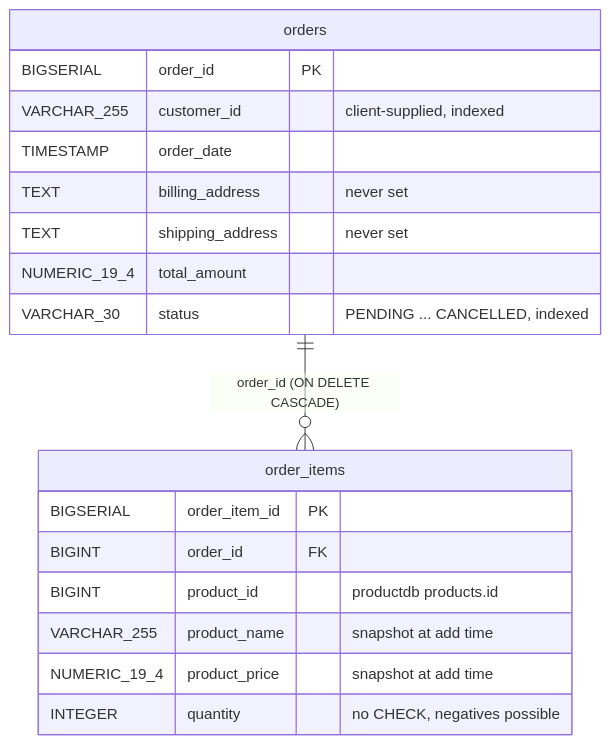
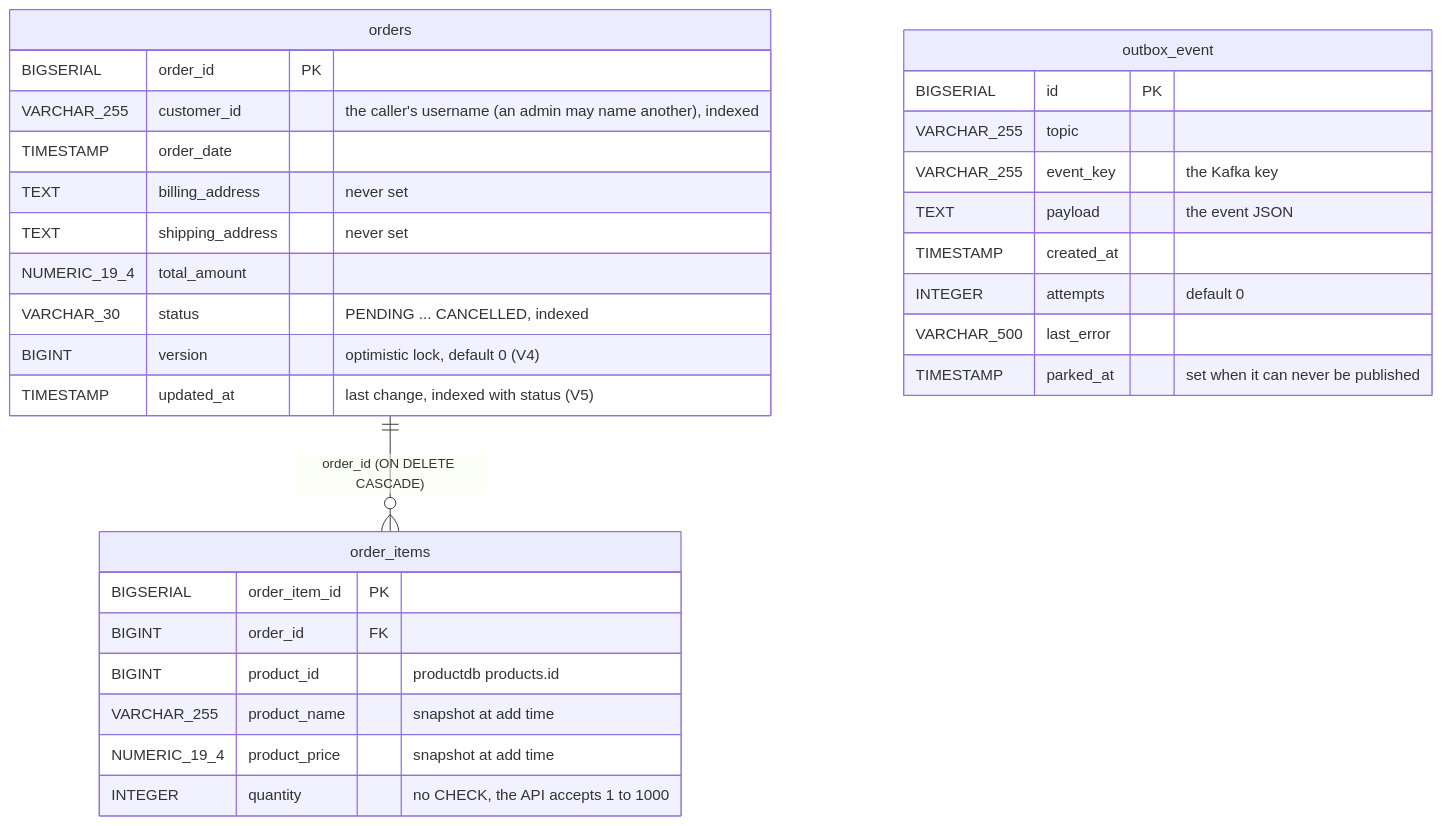
The third of 7 diagrams in docs/data-model.md (bmcnpnr/ecommerce-platform), drawn with Mermaid before and after one commit. The commit also changed other lines of this file and 58 other files, not shown here.

````diff
--- a/docs/data-model.md
+++ b/docs/data-model.md
@@ -103,21 +106,33 @@
 ```mermaid
 erDiagram
     orders ||--o{ order_items : "order_id (ON DELETE CASCADE)"
     orders {
         BIGSERIAL order_id PK
-        VARCHAR_255 customer_id "client-supplied, indexed"
+        VARCHAR_255 customer_id "the caller's username (an admin may name another), indexed"
         TIMESTAMP order_date
         TEXT billing_address "never set"
         TEXT shipping_address "never set"
         NUMERIC_19_4 total_amount
         VARCHAR_30 status "PENDING ... CANCELLED, indexed"
+        BIGINT version "optimistic lock, default 0 (V4)"
+        TIMESTAMP updated_at "last change, indexed with status (V5)"
     }
     order_items {
         BIGSERIAL order_item_id PK
         BIGINT order_id FK
         BIGINT product_id "productdb products.id"
         VARCHAR_255 product_name "snapshot at add time"
         NUMERIC_19_4 product_price "snapshot at add time"
-        INTEGER quantity "no CHECK, negatives possible"
+        INTEGER quantity "no CHECK, the API accepts 1 to 1000"
+    }
+    outbox_event {
+        BIGSERIAL id PK
+        VARCHAR_255 topic
+        VARCHAR_255 event_key "the Kafka key"
+        TEXT payload "the event JSON"
+        TIMESTAMP created_at
+        INTEGER attempts "default 0"
+        VARCHAR_500 last_error
+        TIMESTAMP parked_at "set when it can never be published"
     }
 ```
````
